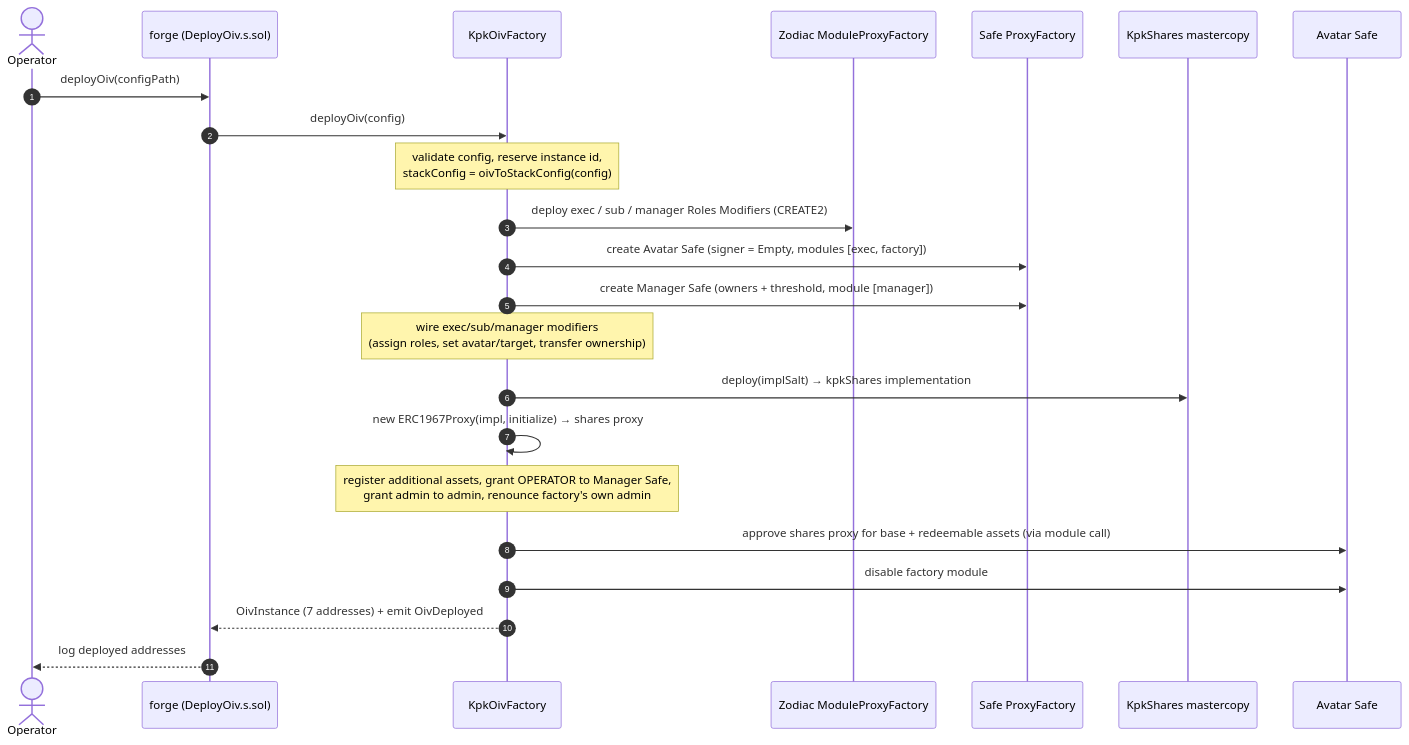
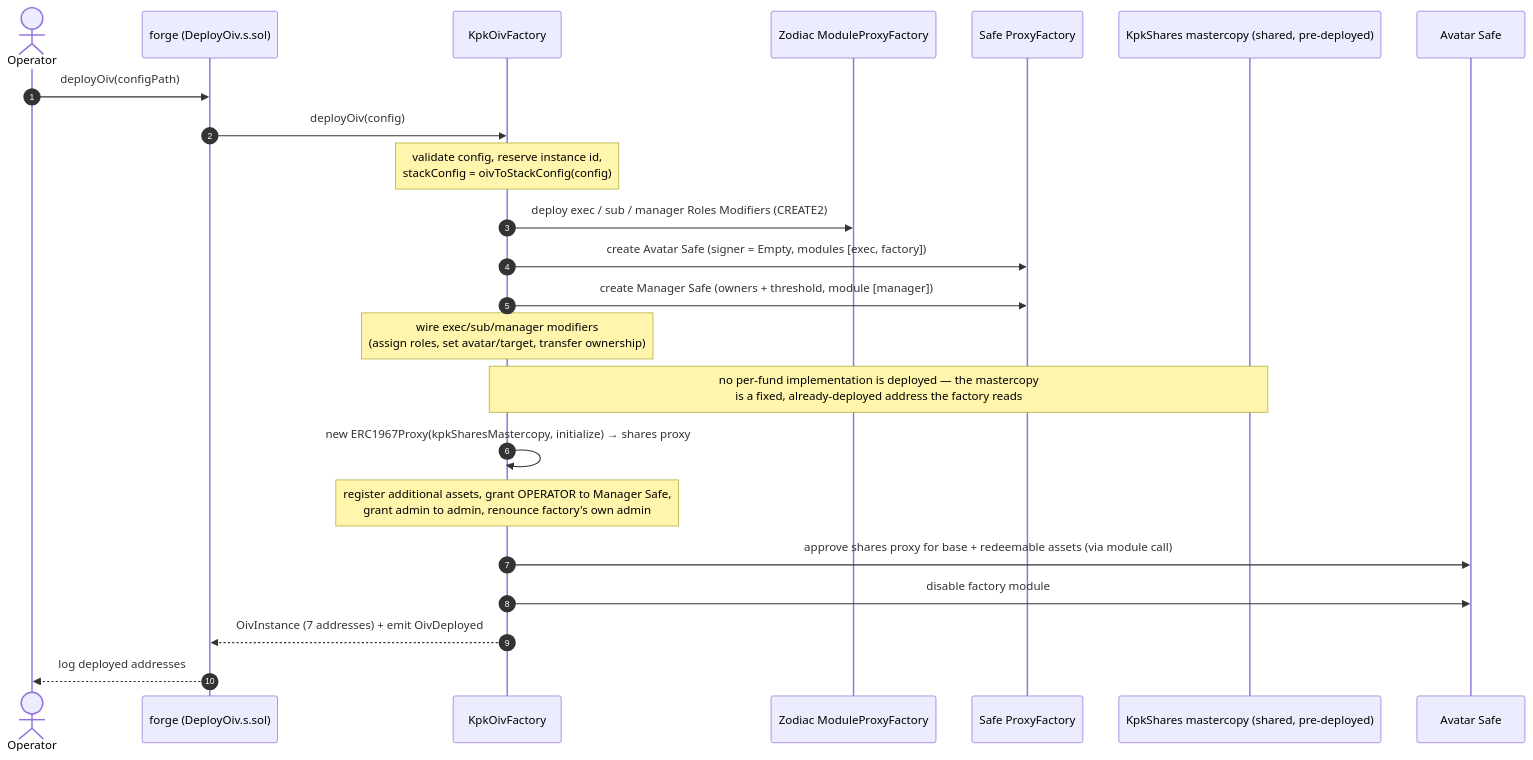
One commit to karpatkey/onchain-investment-vehicles changed the second of 4 diagrams in docs/FUND_DEPLOYMENT_FLOW.md. Above: the diagram before and after it, drawn with Mermaid. The commit also changed other lines of this file and 3 other files, not shown here.

First line of the commit message:
docs: finish the mesh and shared-mastercopy passes instead of doing them by the section

````diff
--- a/docs/FUND_DEPLOYMENT_FLOW.md
+++ b/docs/FUND_DEPLOYMENT_FLOW.md
@@ -36,26 +36,26 @@
 ```mermaid
 sequenceDiagram
     autonumber
     actor Op as Operator
     participant Fg as forge (DeployOiv.s.sol)
     participant F as KpkOivFactory
     participant Z as Zodiac ModuleProxyFactory
     participant S as Safe ProxyFactory
-    participant D as KpkShares mastercopy
+    participant D as KpkShares mastercopy (shared, pre-deployed)
     participant Av as Avatar Safe
 
     Op->>Fg: deployOiv(configPath)
     Fg->>F: deployOiv(config)
     Note over F: validate config, reserve instance id,<br/>stackConfig = oivToStackConfig(config)
     F->>Z: deploy exec / sub / manager Roles Modifiers (CREATE2)
     F->>S: create Avatar Safe (signer = Empty, modules [exec, factory])
     F->>S: create Manager Safe (owners + threshold, module [manager])
     Note over F: wire exec/sub/manager modifiers<br/>(assign roles, set avatar/target, transfer ownership)
-    F->>D: deploy(implSalt) → kpkShares implementation
-    F->>F: new ERC1967Proxy(impl, initialize) → shares proxy
+    Note over F,D: no per-fund implementation is deployed — the mastercopy<br/>is a fixed, already-deployed address the factory reads
+    F->>F: new ERC1967Proxy(kpkSharesMastercopy, initialize) → shares proxy
     Note over F: register additional assets, grant OPERATOR to Manager Safe,<br/>grant admin to admin, renounce factory's own admin
     F->>Av: approve shares proxy for base + redeemable assets (via module call)
     F->>Av: disable factory module
     F-->>Fg: OivInstance (7 addresses) + emit OivDeployed
     Fg-->>Op: log deployed addresses
 ```
````
